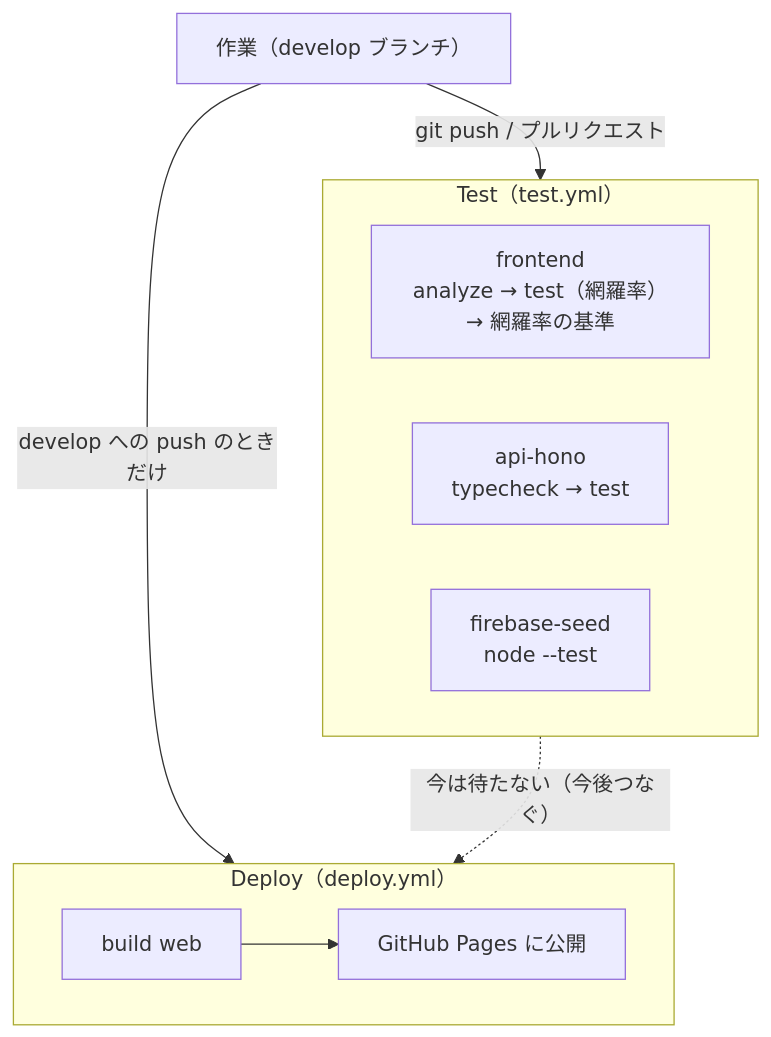
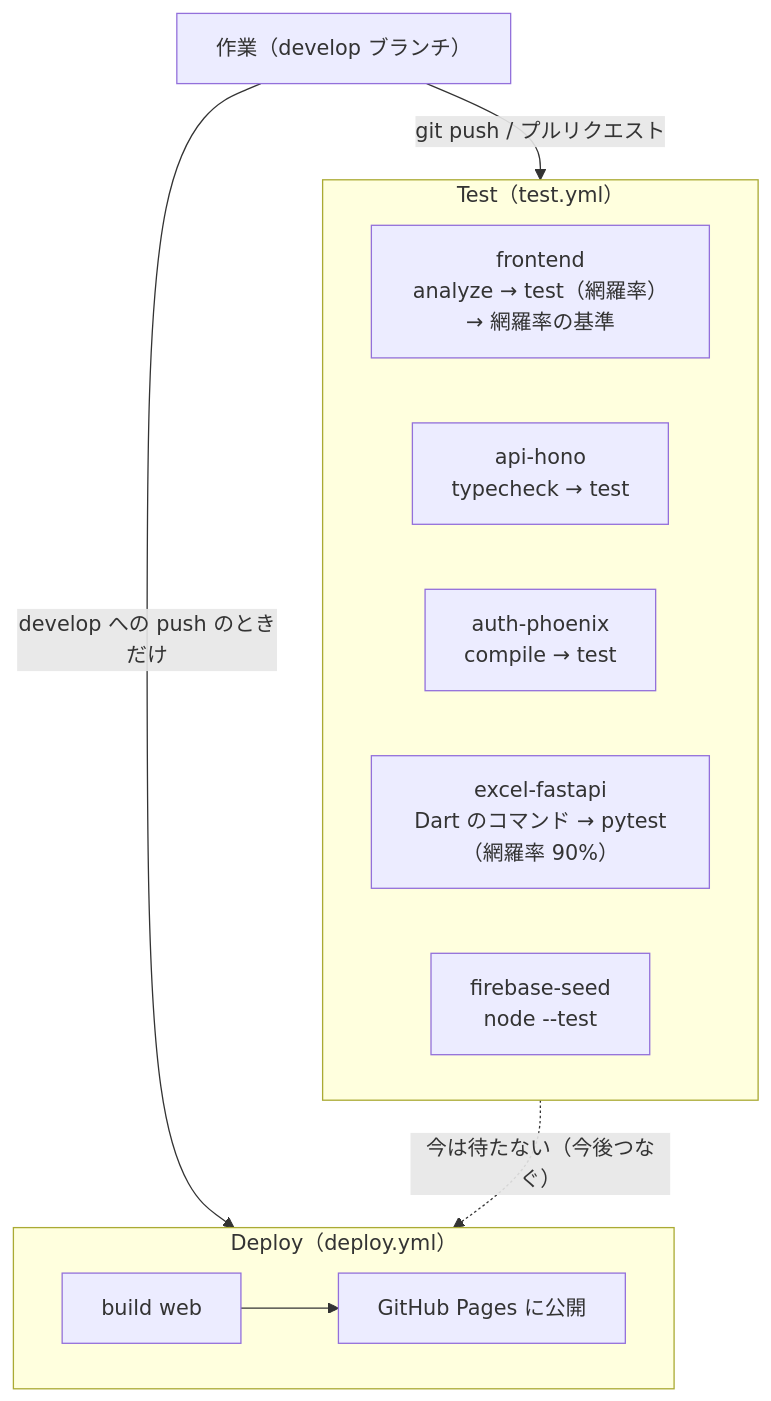
The first of 2 diagrams in docs/ci/ci-design.md (sigu-f7a231/dev-portfolio-site), drawn with Mermaid before and after one commit. The commit also changed other lines of this file and 132 other files, not shown here.

First line of the commit message:
作業中：段階 4〜6（Phoenix の認証・ログイン画面とマイページ・Excel と FastAPI）・Makefile・疎通の確認（CI で確かめるための作業ブランチ）

````diff
--- a/docs/ci/ci-design.md
+++ b/docs/ci/ci-design.md
@@ -9,16 +9,18 @@
 ```mermaid
 flowchart TB
   dev["作業（develop ブランチ）"] -- "git push / プルリクエスト" --> test
   dev -- "develop への push のときだけ" --> deploy
   subgraph test["Test（test.yml）"]
     direction LR
     fe["frontend<br/>analyze → test（網羅率）→ 網羅率の基準"]
     be["api-hono<br/>typecheck → test"]
+    ap["auth-phoenix<br/>compile → test"]
+    ex["excel-fastapi<br/>Dart のコマンド → pytest（網羅率 90%）"]
     fb["firebase-seed<br/>node --test"]
   end
   subgraph deploy["Deploy（deploy.yml）"]
     direction LR
     build["build web"] --> pages["GitHub Pages に公開"]
   end
   test -. "今は待たない（今後つなぐ）" .-> deploy
 ```
````
